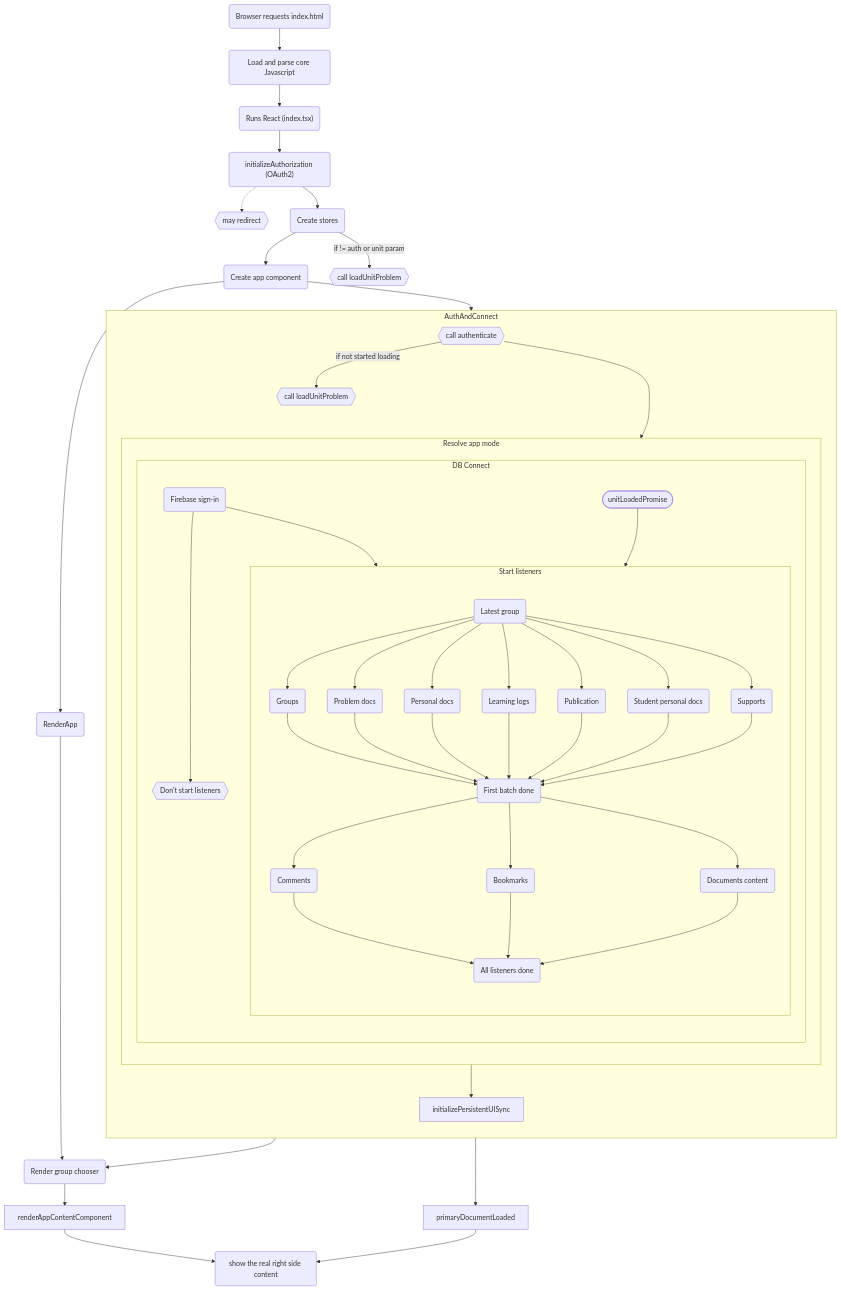
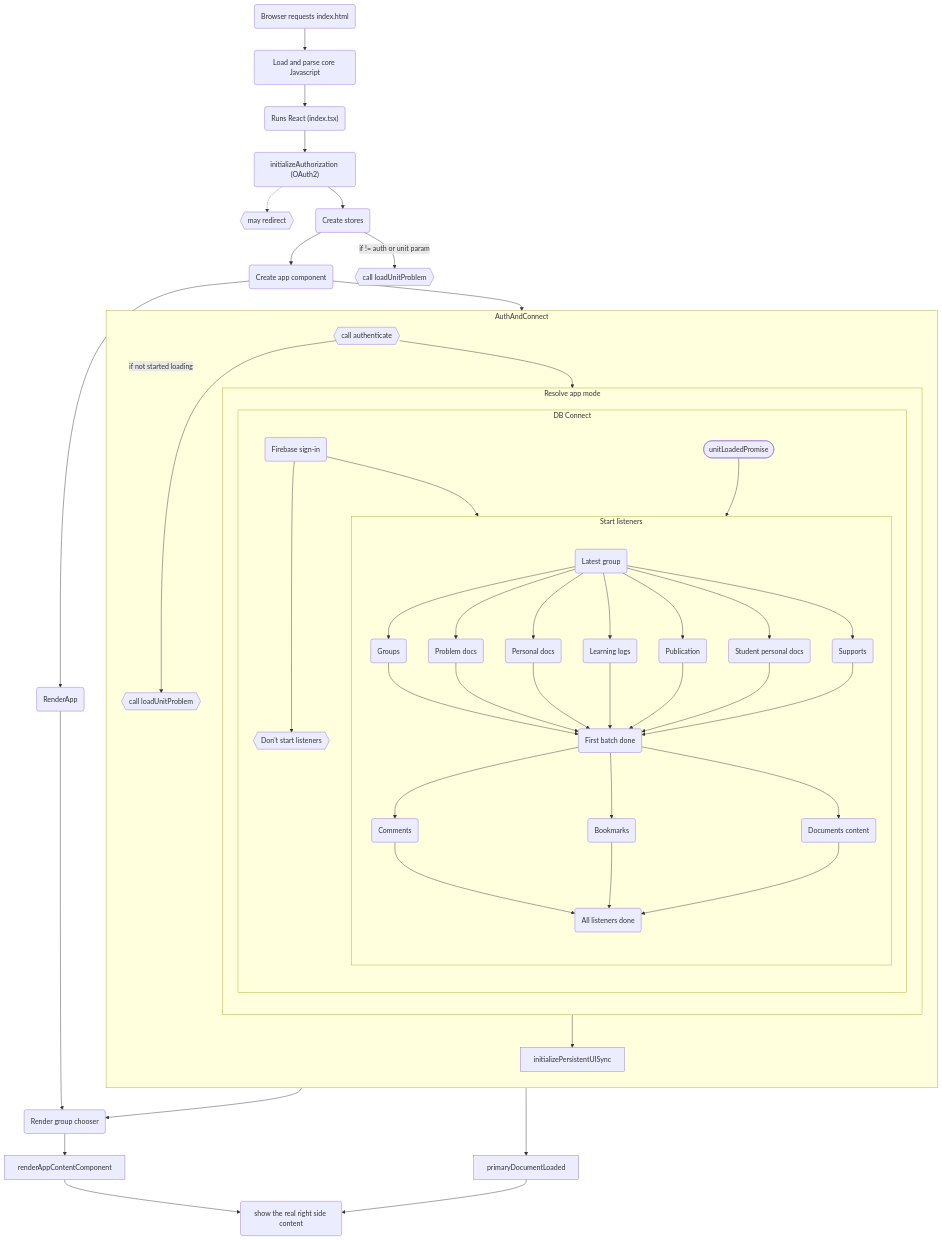
One commit to concord-consortium/collaborative-learning changed the diagram in docs/mermaid-test3.md. Above: the diagram before and after it, drawn with Mermaid.

Commit message:
try removing invisible link

```diff
--- a/docs/mermaid-test3.md
+++ b/docs/mermaid-test3.md
@@ -41,7 +41,6 @@
 
     callLoadUnitProblem2{{call loadUnitProblem}}
     callAuthenticate -- if not started loading --> callLoadUnitProblem2
-    callLoadUnitProblem2 ~~~ ram
 
     subgraph ram [Resolve app mode]
       direction TB
```
